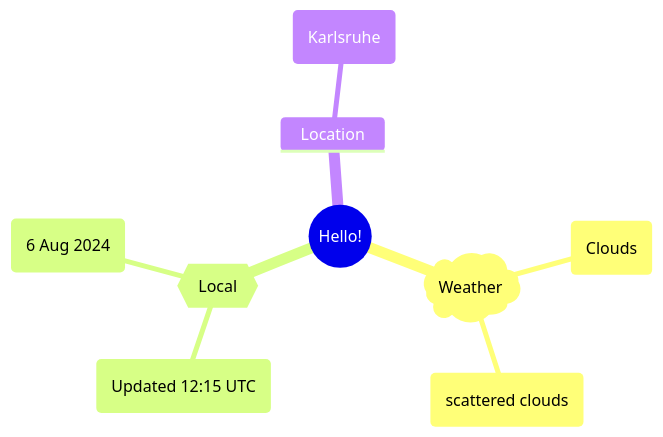
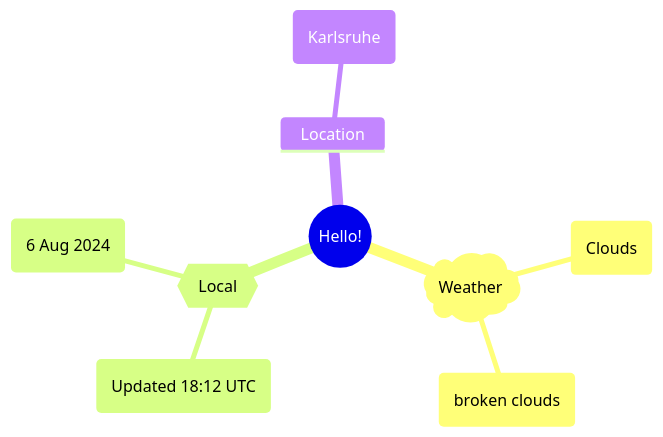
Before and after one commit to Xosrov/Xosrov: the first of 2 diagrams in README.md, drawn with Mermaid.

Commit message:
[bot] updated images

````diff
--- a/README.md
+++ b/README.md
@@ -3,12 +3,12 @@
 ```mermaid
 mindmap
   root((Hello!))
     )Weather(
         (Clouds)
-        (scattered clouds)
+        (broken clouds)
     {{Local}}
-        (Updated 12:15 UTC)
+        (Updated 18:12 UTC)
         (6 Aug 2024)
     Location
         (Karlsruhe)
 ```
````
